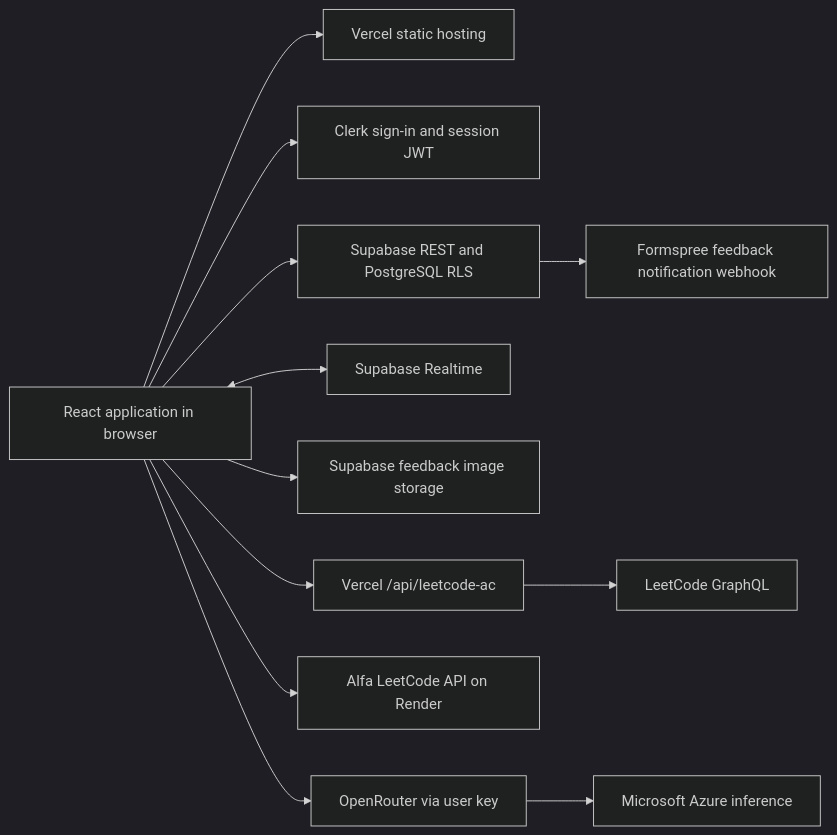
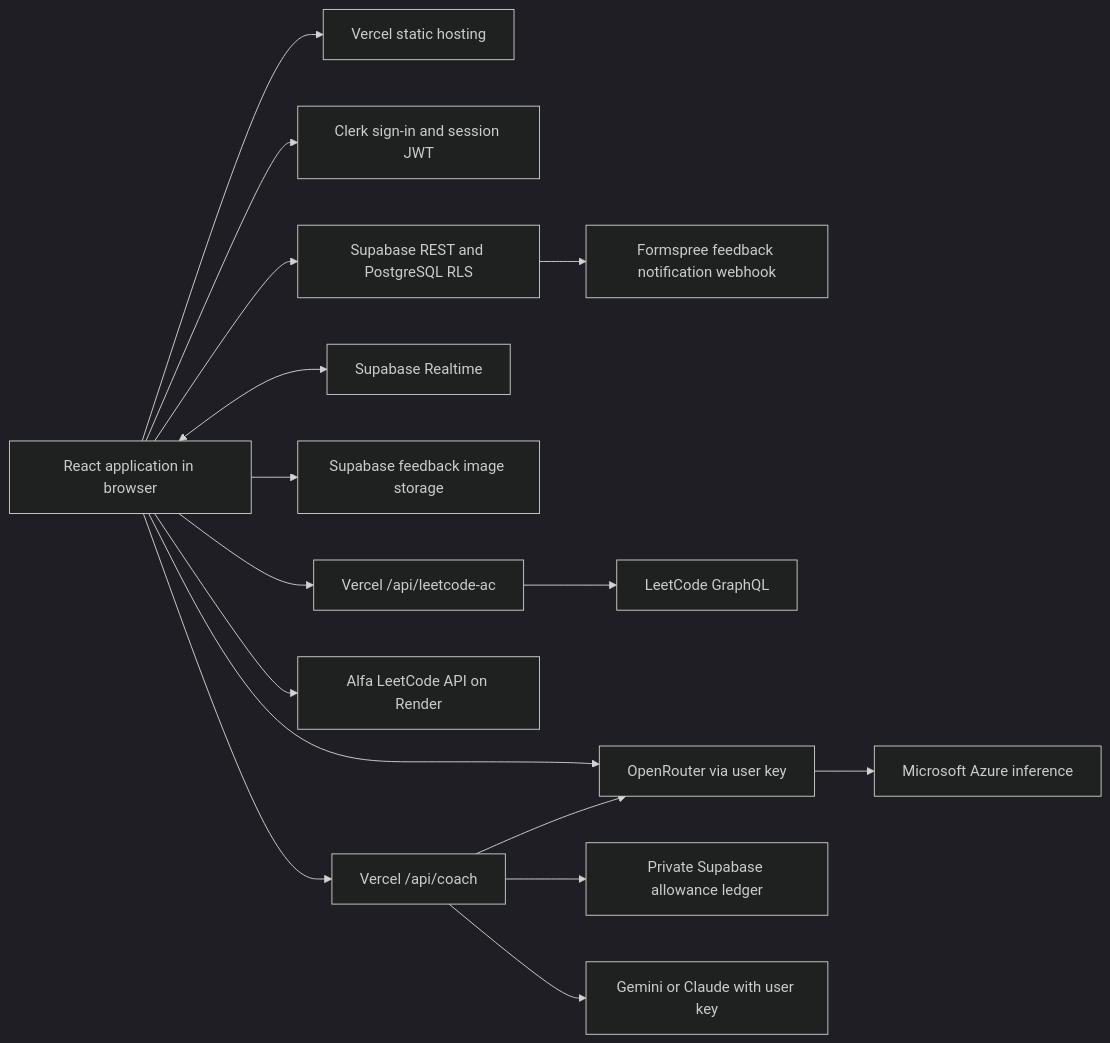
The diagram in docs/reliability-review.md (Alesiobarquin/LC-Tracker), drawn with Mermaid (dark theme) before and after one commit. The commit also changed other lines of this file and 69 other files, not shown here.

````diff
--- a/docs/reliability-review.md
+++ b/docs/reliability-review.md
@@ -8,14 +8,18 @@
 ```mermaid
 flowchart LR
   Browser[React application in browser] --> Vercel[Vercel static hosting]
   Browser --> Clerk[Clerk sign-in and session JWT]
   Browser --> Supabase[Supabase REST and PostgreSQL RLS]
   Browser <--> Realtime[Supabase Realtime]
   Browser --> Storage[Supabase feedback image storage]
   Supabase --> Webhook[Formspree feedback notification webhook]
   Browser --> Proxy[Vercel /api/leetcode-ac]
   Proxy --> LeetCode[LeetCode GraphQL]
   Browser --> Fallback[Alfa LeetCode API on Render]
   Browser --> OpenRouter[OpenRouter via user key]
+  Browser --> Coach[Vercel /api/coach]
+  Coach --> Ledger[Private Supabase allowance ledger]
+  Coach --> OpenRouter
+  Coach --> Native[Gemini or Claude with user key]
   OpenRouter --> Azure[Microsoft Azure inference]
 ```
````
